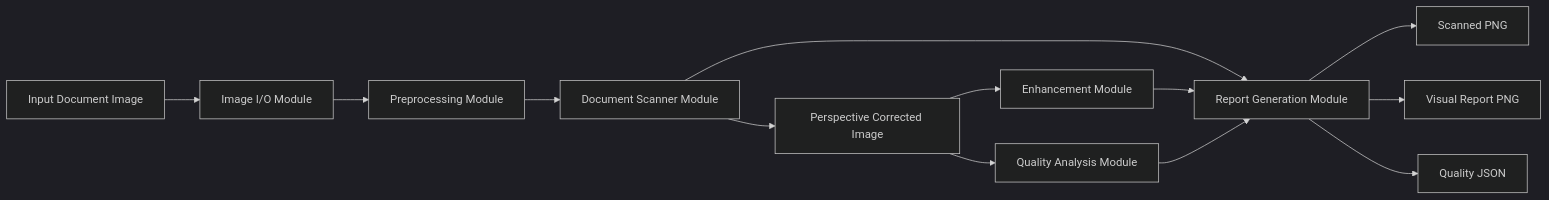
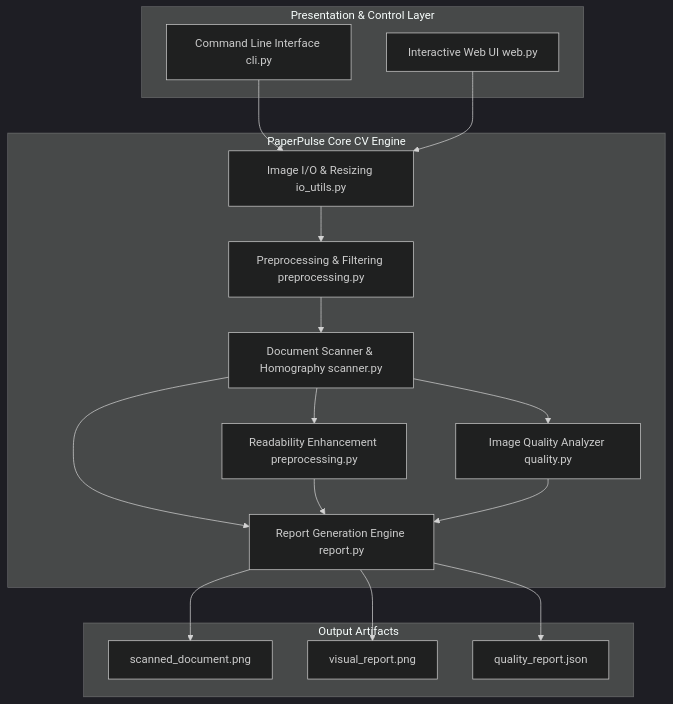
One commit to AbhiralJain07/Computer-Vision-24BAI10677 changed the diagram in docs/diagrams/architecture.md. Above: the diagram before and after it, drawn with Mermaid (dark theme). The commit also changed 13 other files, not shown here.

````diff
--- a/docs/diagrams/architecture.md
+++ b/docs/diagrams/architecture.md
@@ -3,15 +3,35 @@
 ```mermaid
-flowchart LR
-    A[Input Document Image] --> B[Image I/O Module]
-    B --> C[Preprocessing Module]
-    C --> D[Document Scanner Module]
-    D --> E[Perspective Corrected Image]
-    E --> F[Enhancement Module]
-    E --> G[Quality Analysis Module]
-    D --> H[Report Generation Module]
-    F --> H
-    G --> H
-    H --> I[Scanned PNG]
-    H --> J[Visual Report PNG]
-    H --> K[Quality JSON]
+flowchart TD
+    subgraph Presentation_Layer [Presentation & Control Layer]
+        CLI[Command Line Interface cli.py]
+        WEB[Interactive Web UI web.py]
+    end
+
+    subgraph Core_Pipeline [PaperPulse Core CV Engine]
+        IO[Image I/O & Resizing io_utils.py]
+        PRE[Preprocessing & Filtering preprocessing.py]
+        SCAN[Document Scanner & Homography scanner.py]
+        ENH[Readability Enhancement preprocessing.py]
+        IQA[Image Quality Analyzer quality.py]
+        REP[Report Generation Engine report.py]
+    end
+
+    subgraph Data_Artifacts [Output Artifacts]
+        OUT_IMG[scanned_document.png]
+        OUT_VIS[visual_report.png]
+        OUT_JSON[quality_report.json]
+    end
+
+    CLI --> IO
+    WEB --> IO
+    IO --> PRE
+    PRE --> SCAN
+    SCAN --> ENH
+    SCAN --> IQA
+    SCAN --> REP
+    ENH --> REP
+    IQA --> REP
+    REP --> OUT_IMG
+    REP --> OUT_VIS
+    REP --> OUT_JSON
 ```
````
